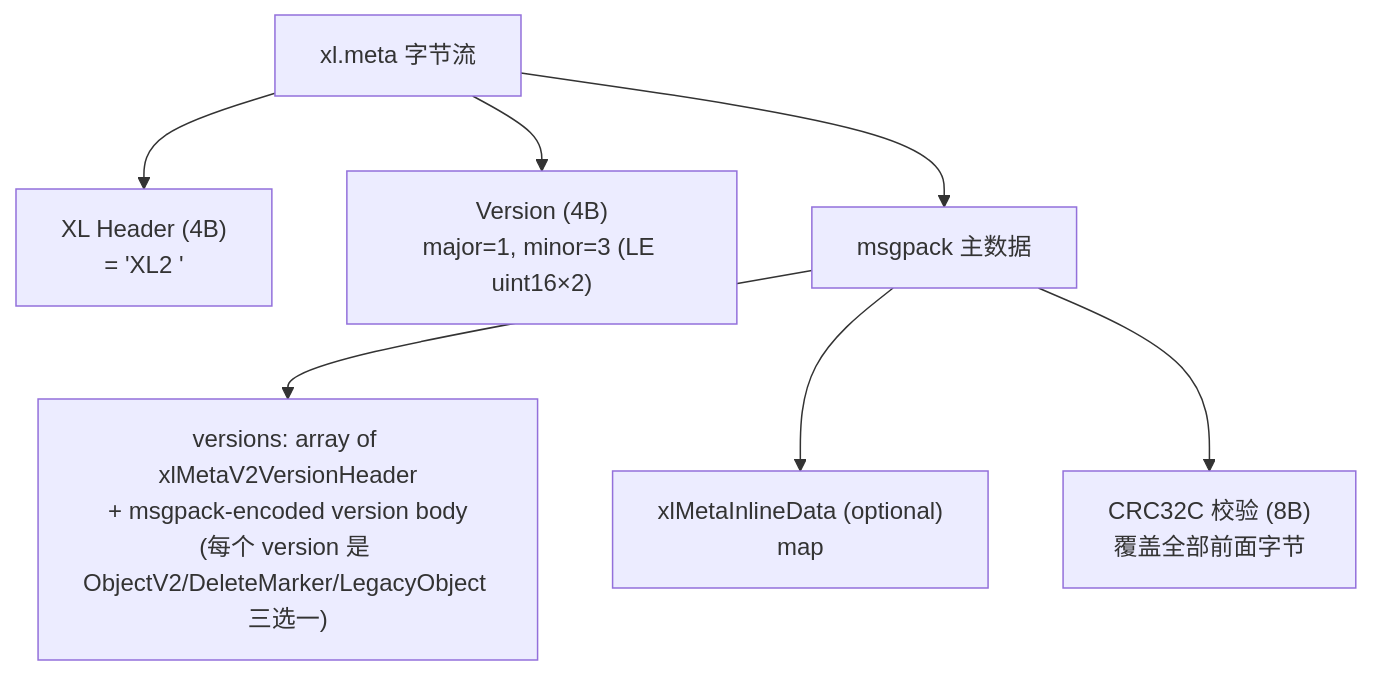
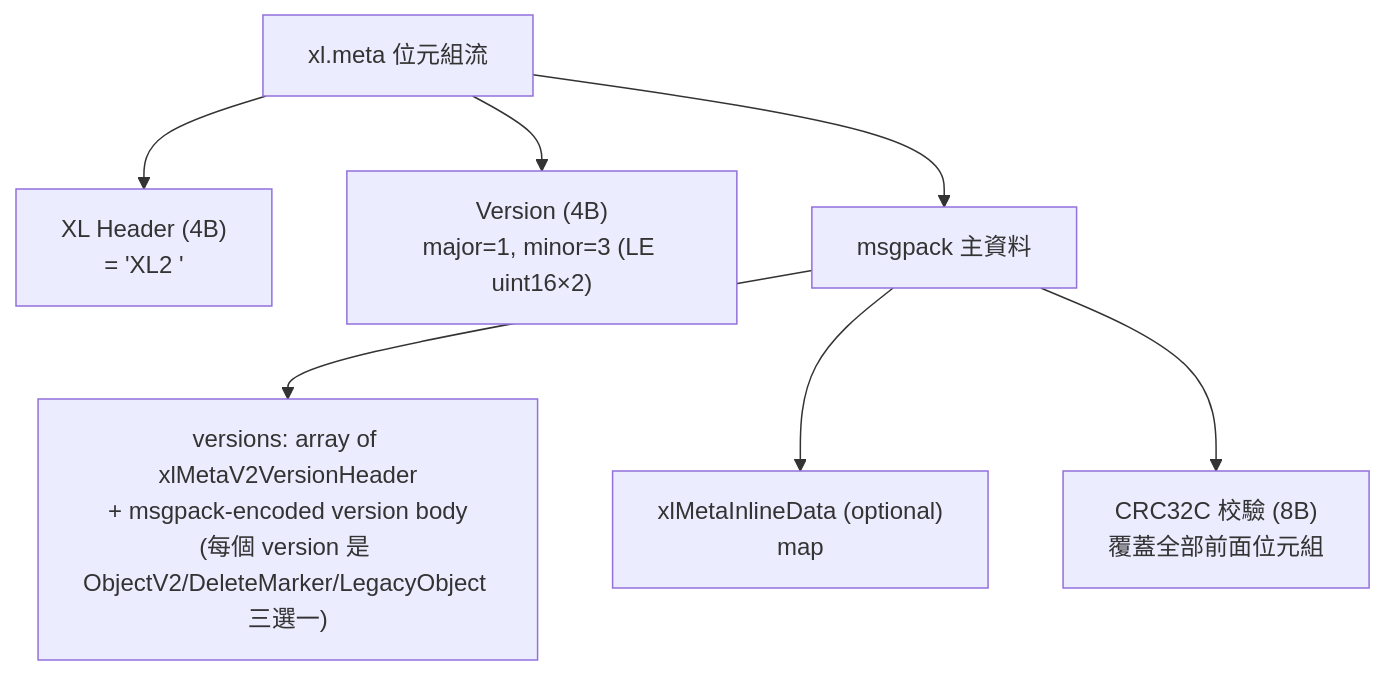
One commit to cysu01/minio changed the sixth of 8 diagrams in repo-analysis/drafts/06-module-storage-erasure.md. Above: the diagram before and after it, drawn with Mermaid. The commit also changed other lines of this file and 14 other files, not shown here.

````diff
--- a/repo-analysis/drafts/06-module-storage-erasure.md
+++ b/repo-analysis/drafts/06-module-storage-erasure.md
@@ -593,9 +593,9 @@
 ```mermaid
 flowchart TD
-    F[xl.meta 字节流] --> H["XL Header (4B)<br/>= 'XL2 '"]
+    F[xl.meta 位元組流] --> H["XL Header (4B)<br/>= 'XL2 '"]
     F --> V["Version (4B)<br/>major=1, minor=3 (LE uint16×2)"]
-    F --> M["msgpack 主数据"]
-    M --> M1["versions: array of xlMetaV2VersionHeader<br/>+ msgpack-encoded version body<br/>(每个 version 是 ObjectV2/DeleteMarker/LegacyObject 三选一)"]
+    F --> M["msgpack 主資料"]
+    M --> M1["versions: array of xlMetaV2VersionHeader<br/>+ msgpack-encoded version body<br/>(每個 version 是 ObjectV2/DeleteMarker/LegacyObject 三選一)"]
     M --> M2["xlMetaInlineData (optional)<br/>map<versionID, []byte>"]
-    M --> CRC["CRC32C 校验 (8B)<br/>覆盖全部前面字节"]
+    M --> CRC["CRC32C 校驗 (8B)<br/>覆蓋全部前面位元組"]
 ```
````
